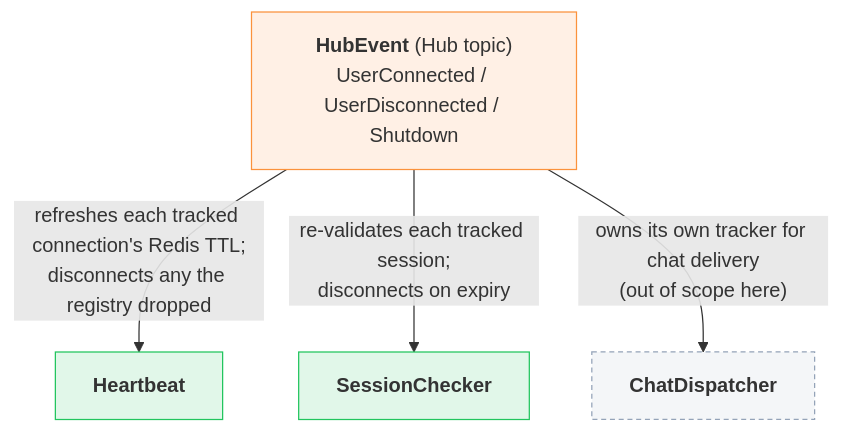
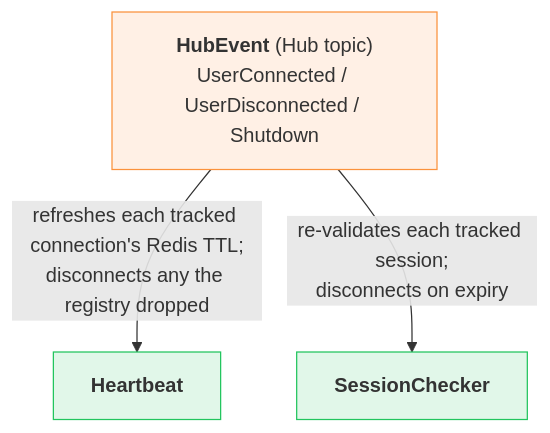
Before and after one commit to gzp79/shine-services: the third of 4 diagrams in docs/services/builder/hub.md, drawn with Mermaid. The commit also changed other lines of this file and 17 other files, not shown here.

````diff
--- a/docs/services/builder/hub.md
+++ b/docs/services/builder/hub.md
@@ -89,15 +124,12 @@
 ```mermaid
 flowchart TD
     classDef orange fill:#fb923c22,stroke:#fb923c
     classDef green fill:#22c55e22,stroke:#22c55e
-    classDef dim fill:#94a3b81a,stroke:#94a3b8,stroke-dasharray:4 3
 
     E["<b>HubEvent</b> (Hub topic)<br/>UserConnected / UserDisconnected / Shutdown"]:::orange
     HB["<b>Heartbeat</b>"]:::green
     SC["<b>SessionChecker</b>"]:::green
-    CD["<b>ChatDispatcher</b>"]:::dim
 
     E -- "refreshes each tracked connection's Redis TTL;<br/>disconnects any the registry dropped" --> HB
     E -- "re-validates each tracked session;<br/>disconnects on expiry" --> SC
-    E -- "owns its own tracker for chat delivery<br/>(out of scope here)" --> CD
 ```
````
